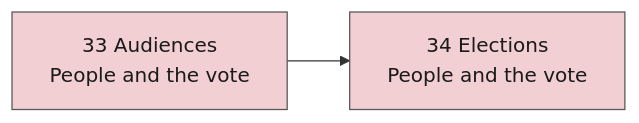
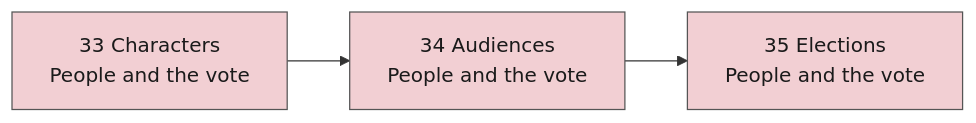
Before and after one commit to powerbassist/World-simulator: the fifth of 5 diagrams in docs/tick-order.md, drawn with Mermaid. The commit also changed other lines of this file and 19 other files, not shown here.

````diff
--- a/docs/tick-order.md
+++ b/docs/tick-order.md
@@ -105,12 +105,13 @@
 ```mermaid
 flowchart LR
-  s33["33 Audiences<br/>People and the vote"]:::g5
-  s34["34 Elections<br/>People and the vote"]:::g5
-  s33 --> s34
+  s33["33 Characters<br/>People and the vote"]:::g5
+  s34["34 Audiences<br/>People and the vote"]:::g5
+  s35["35 Elections<br/>People and the vote"]:::g5
+  s33 --> s34 --> s35
   classDef g0 fill:#cfe3f7,stroke:#555,color:#1a1a1a
   classDef g1 fill:#f6dcc2,stroke:#555,color:#1a1a1a
   classDef g2 fill:#dccff0,stroke:#555,color:#1a1a1a
   classDef g3 fill:#cdebd3,stroke:#555,color:#1a1a1a
   classDef g4 fill:#f3e7b5,stroke:#555,color:#1a1a1a
   classDef g5 fill:#f2cfd3,stroke:#555,color:#1a1a1a
 ```
````
